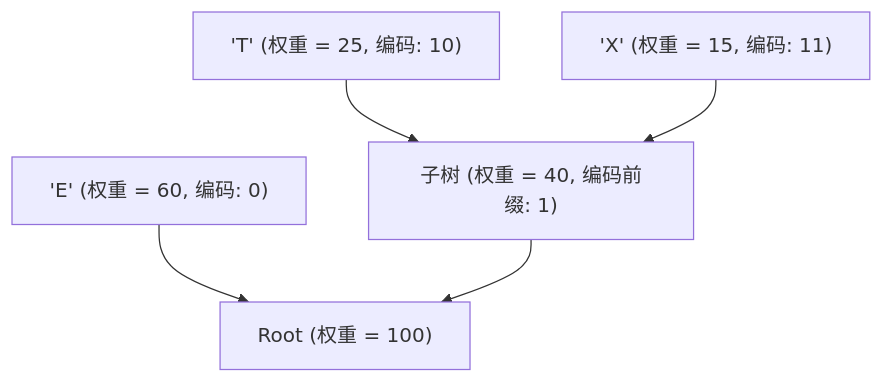
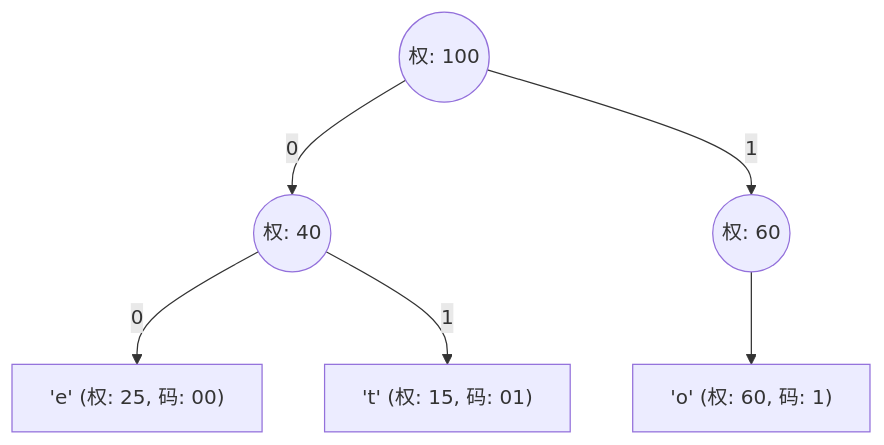
The diagram in src/content/notes/CS61B/lecture-38.md (easonlines2007/easonlin-blog), drawn with Mermaid before and after one commit. The commit also changed other lines of this file and 230 other files, not shown here.

````diff
--- a/src/content/notes/CS61B/lecture-38.md
+++ b/src/content/notes/CS61B/lecture-38.md
@@ -62,8 +67,8 @@
 ```mermaid
 graph TD
-    ROOT["Root (权重 = 100)"]
-    E["'E' (权重 = 60, 编码: 0)"] --> ROOT
-    SUB["子树 (权重 = 40, 编码前缀: 1)"] --> ROOT
-    T["'T' (权重 = 25, 编码: 10)"] --> SUB
-    X["'X' (权重 = 15, 编码: 11)"] --> SUB
+    Root((权: 100)) -->|0| Left((权: 40))
+    Root -->|1| Right((权: 60))
+    Left -->|0| E["'e' (权: 25, 码: 00)"]
+    Left -->|1| T["'t' (权: 15, 码: 01)"]
+    Right --> O["'o' (权: 60, 码: 1)"]
 ```
````
